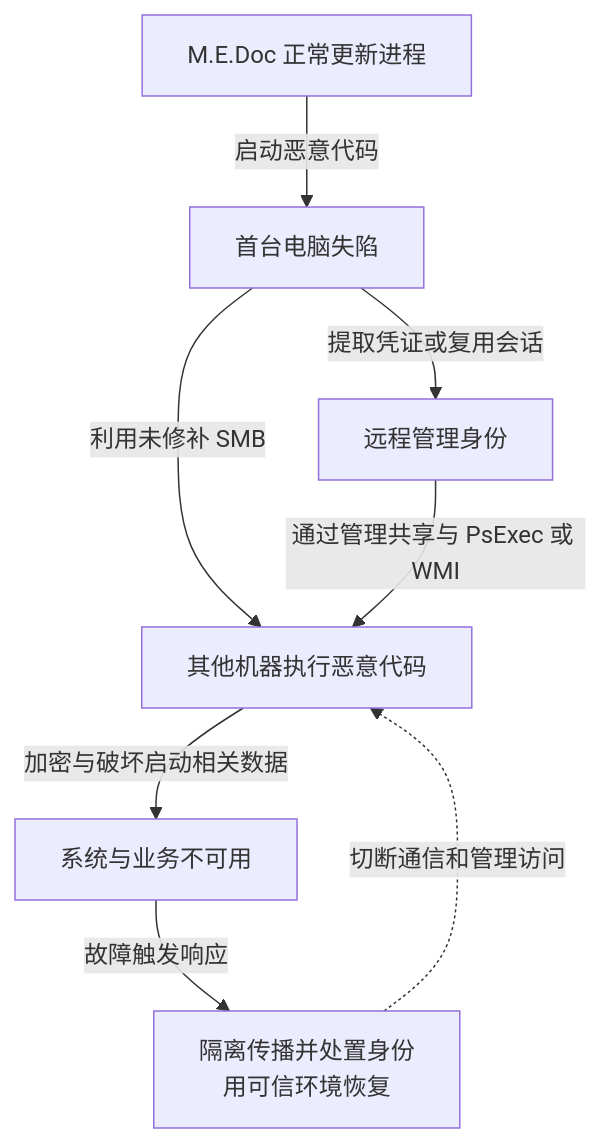
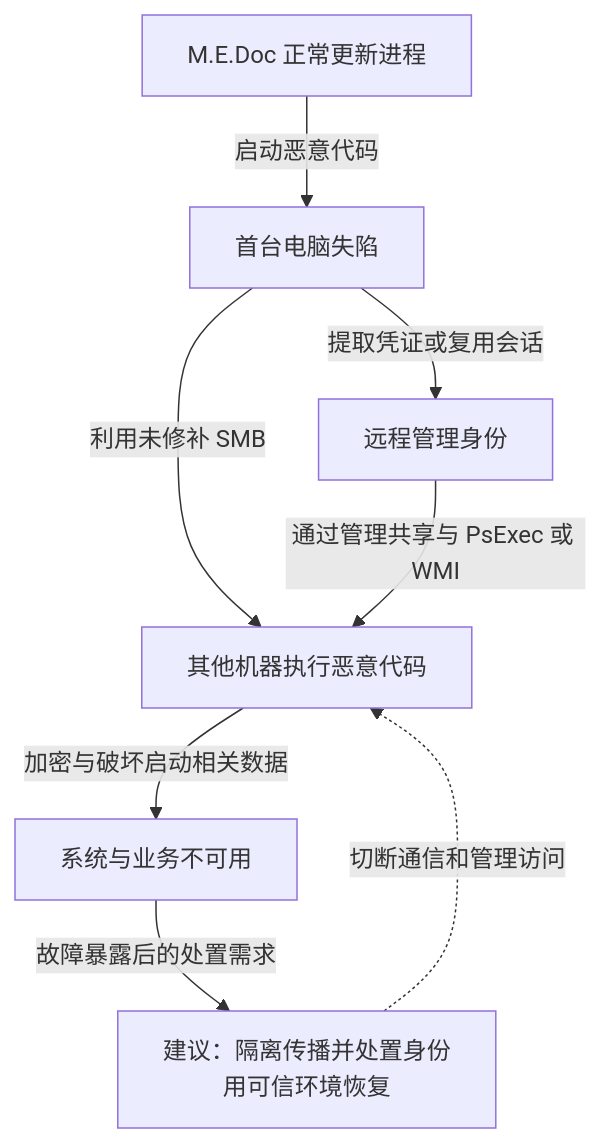
The diagram in docs/01-网络安全/01-网络空间安全/01-安全威胁/01-历史攻击事件/2017-NotPetya供应链与破坏事件分析.md (FeeiCN/FEEI.CN), drawn with Mermaid before and after one commit. The commit also changed other lines of this file and 11 other files, not shown here.

````diff
--- a/docs/01-网络安全/01-网络空间安全/01-安全威胁/01-历史攻击事件/2017-NotPetya供应链与破坏事件分析.md
+++ b/docs/01-网络安全/01-网络空间安全/01-安全威胁/01-历史攻击事件/2017-NotPetya供应链与破坏事件分析.md
@@ -25,14 +25,14 @@
 ```mermaid
 flowchart TB
   accTitle: 漏洞与有效凭证是两条扩散路径
   accDescr: 部分感染由 M.E.Doc 更新进程执行恶意代码开始。恶意代码可以借管理凭证和远程管理工具扩散，也可以利用未修补 SMB。发现破坏后需隔离网络、处置身份并独立恢复，单独补丁覆盖不了凭证路径。
   a["M.E.Doc 正常更新进程"] -->|启动恶意代码| b["首台电脑失陷"]
   b -->|提取凭证或复用会话| c["远程管理身份"]
   b -->|利用未修补 SMB| d["其他机器执行恶意代码"]
   c -->|通过管理共享与 PsExec 或 WMI| d
   d -->|加密与破坏启动相关数据| e["系统与业务不可用"]
-  e -->|故障触发响应| r["隔离传播并处置身份<br/>用可信环境恢复"]
+  e -->|故障暴露后的处置需求| r["建议：隔离传播并处置身份<br/>用可信环境恢复"]
   r -. 切断通信和管理访问 .-> d
   class b,c,d main
   class r response
 ```
````
